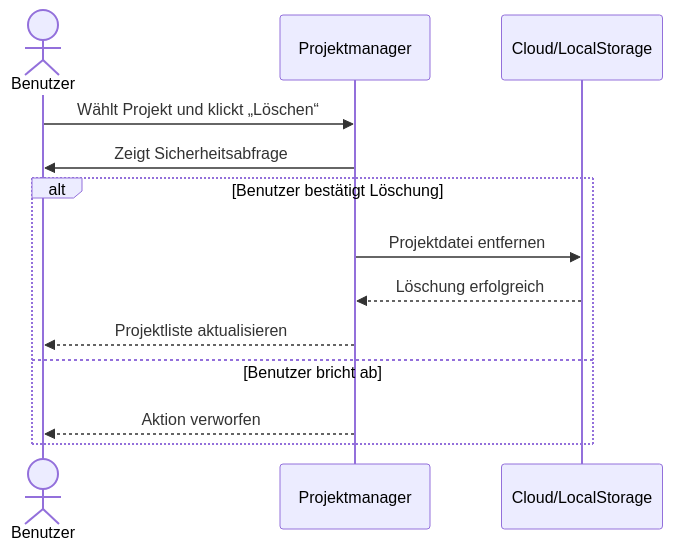
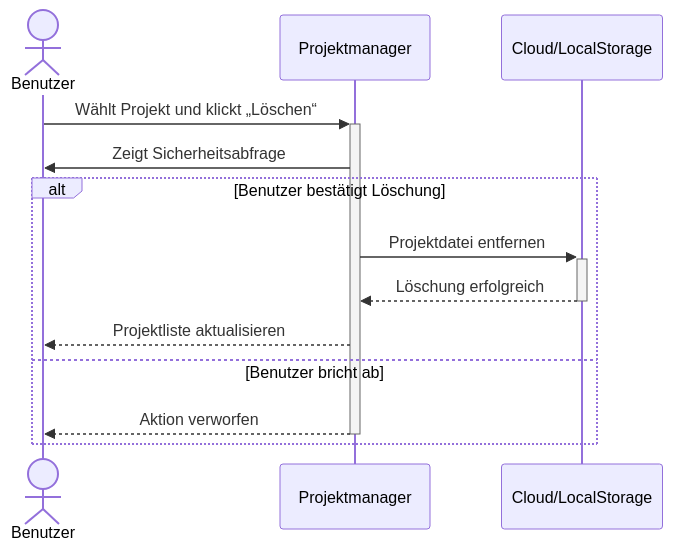
One commit to SimonJ2222/BitFlow changed the third of 22 diagrams in docs/use_cases/software_requirements_specification.md. Above: the diagram before and after it, drawn with Mermaid. The commit also changed other lines of this file, not shown here.

Commit message:
Added activations and deactivations to all Sequence Diagrams

````diff
--- a/docs/use_cases/software_requirements_specification.md
+++ b/docs/use_cases/software_requirements_specification.md
@@ -219,17 +219,17 @@
 ```mermaid
 sequenceDiagram
     actor Benutzer
     participant UI as Projektmanager
     participant Storage as Cloud/LocalStorage
 
-    Benutzer ->> UI: Wählt Projekt und klickt „Löschen“
+    Benutzer ->>+ UI: Wählt Projekt und klickt „Löschen“
     UI ->> Benutzer: Zeigt Sicherheitsabfrage
     alt Benutzer bestätigt Löschung
-        UI ->> Storage: Projektdatei entfernen
-        Storage -->> UI: Löschung erfolgreich
+        UI ->>+ Storage: Projektdatei entfernen
+        Storage -->>- UI: Löschung erfolgreich
         UI -->> Benutzer: Projektliste aktualisieren
     else Benutzer bricht ab
-        UI -->> Benutzer: Aktion verworfen
+        UI -->>- Benutzer: Aktion verworfen
     end
 
 ```
````
